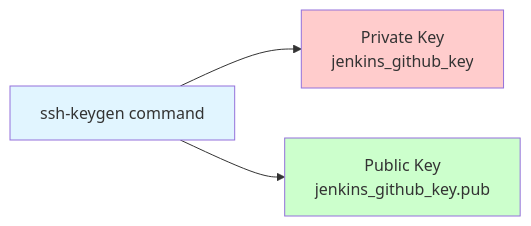
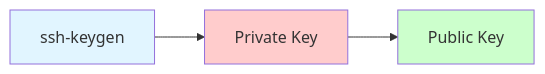
The third of 9 diagrams in README.md (onurglr/github-ssh-jenkins-tutorial), drawn with Mermaid before and after one commit. The commit also changed other lines of this file and 4 other files, not shown here.

````diff
--- a/README.md
+++ b/README.md
@@ -106,9 +84,8 @@
 ```mermaid
 graph LR
-    A[ssh-keygen command] --> B[Private Key<br/>jenkins_github_key]
-    A --> C[Public Key<br/>jenkins_github_key.pub]
+    A[ssh-keygen] --> B[Private Key] --> C[Public Key]
     
     style A fill:#e1f5ff
     style B fill:#ffcccc
     style C fill:#ccffcc
 ```
````
